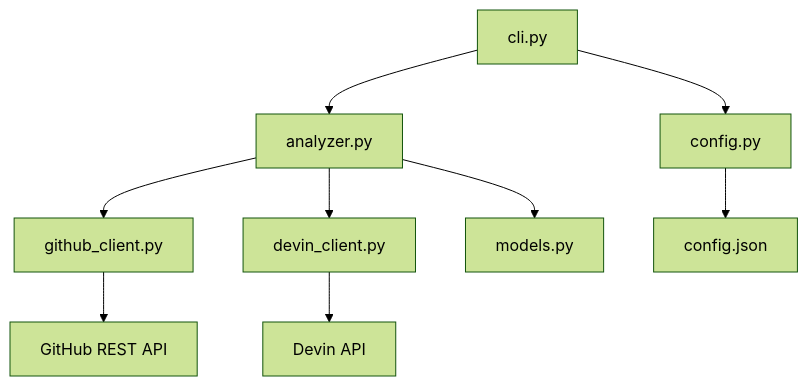
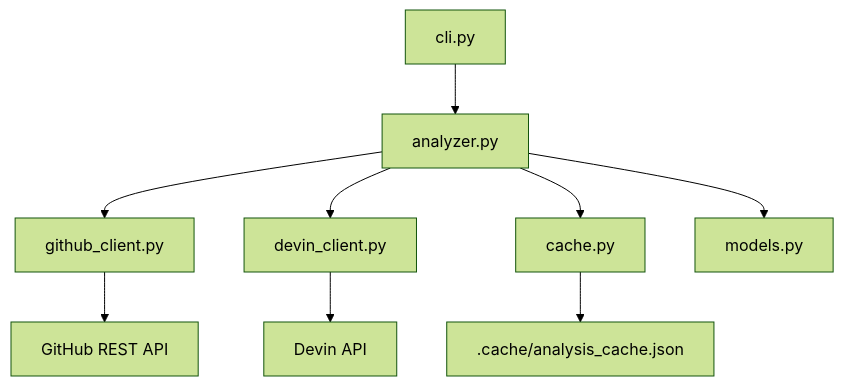
One commit to papatel5698/ticket-automation-tool changed the first of 3 diagrams in README.md. Above: the diagram before and after it, drawn with Mermaid (forest theme). The commit also changed other lines of this file and 7 other files, not shown here.

First line of the commit message:
Remove config feature, add caching docs, fix workflow diagrams

````diff
--- a/README.md
+++ b/README.md
@@ -237,11 +244,11 @@
 ```mermaid
 graph TD
     CLI["cli.py"] --> Analyzer["analyzer.py"]
-    CLI --> Config["config.py"]
     Analyzer --> GitHub["github_client.py"]
     Analyzer --> Devin["devin_client.py"]
+    Analyzer --> Cache["cache.py"]
     Analyzer --> Models["models.py"]
-    Config --> ConfigFile["config.json"]
     GitHub --> GitHubAPI["GitHub REST API"]
     Devin --> DevinAPI["Devin API"]
+    Cache --> CacheFile[".cache/analysis_cache.json"]
 ```
````
